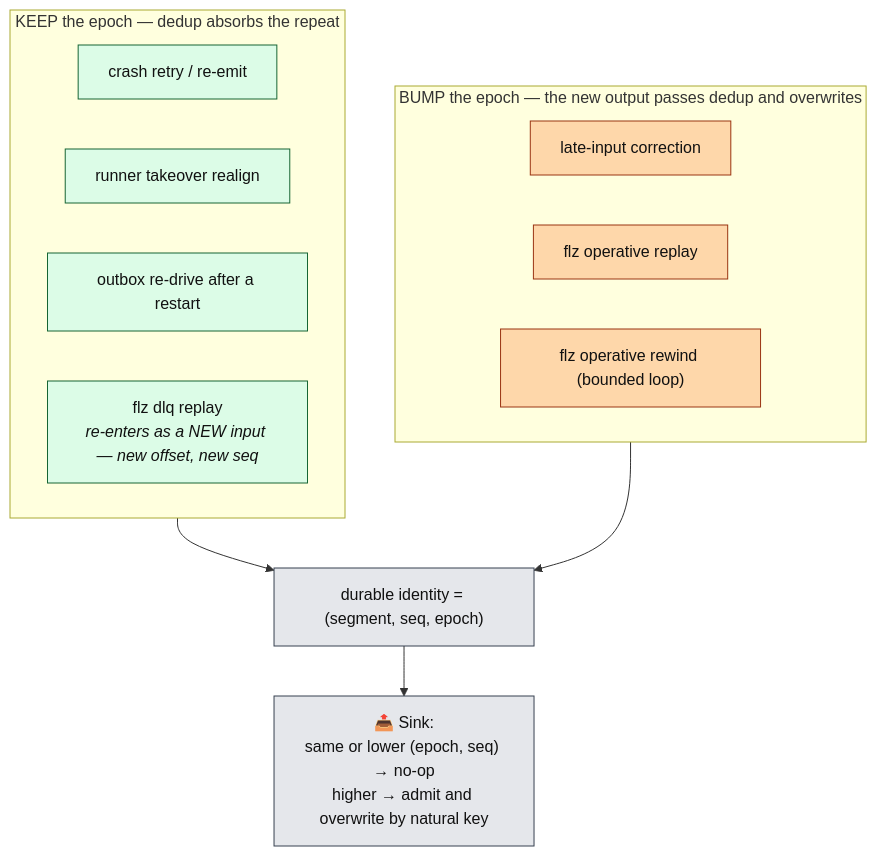
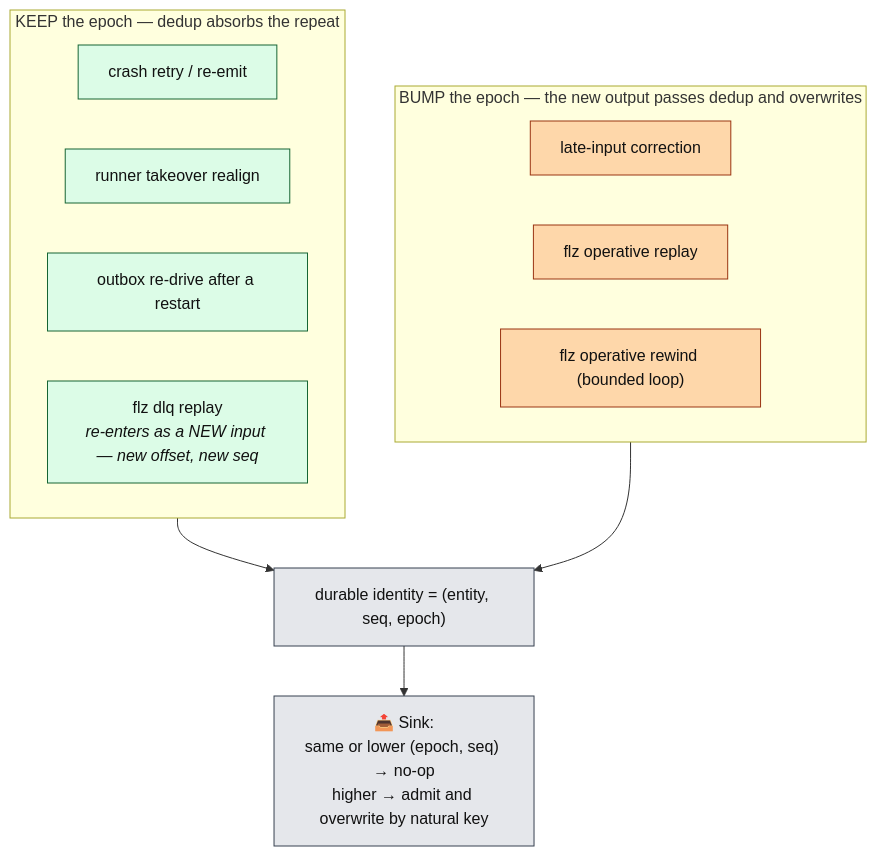
The tenth of 16 diagrams in docs/architecture/kernel.md (Flezha/flezha), drawn with Mermaid before and after one commit. The commit also changed other lines of this file and 658 other files, not shown here.

````diff
--- a/docs/architecture/kernel.md
+++ b/docs/architecture/kernel.md
@@ -428,21 +428,21 @@
 ```mermaid
 flowchart TB
     subgraph KEEP["KEEP the epoch — dedup absorbs the repeat"]
         C1["crash retry / re-emit"]:::exec
         C2["runner takeover realign"]:::exec
         C3["outbox re-drive after a restart"]:::exec
         C4["flz dlq replay<br/><i>re-enters as a NEW input — new offset, new seq</i>"]:::exec
     end
     subgraph BUMP["BUMP the epoch — the new output passes dedup and overwrites"]
         B1["late-input correction"]:::sink
         B2["flz operative replay"]:::sink
         B3["flz operative rewind (bounded loop)"]:::sink
     end
-    KEEP --> RULE["durable identity = (segment, seq, epoch)"]:::store
+    KEEP --> RULE["durable identity = (entity, seq, epoch)"]:::store
     BUMP --> RULE
     RULE --> SINKR["📤 Sink:<br/>same or lower (epoch, seq) → no-op<br/>higher → admit and overwrite by natural key"]:::store
 
     classDef exec fill:#dcfce7,stroke:#166534,color:#111
     classDef sink fill:#fed7aa,stroke:#9a3412,color:#111
     classDef store fill:#e5e7eb,stroke:#374151,color:#111
 ```
````
